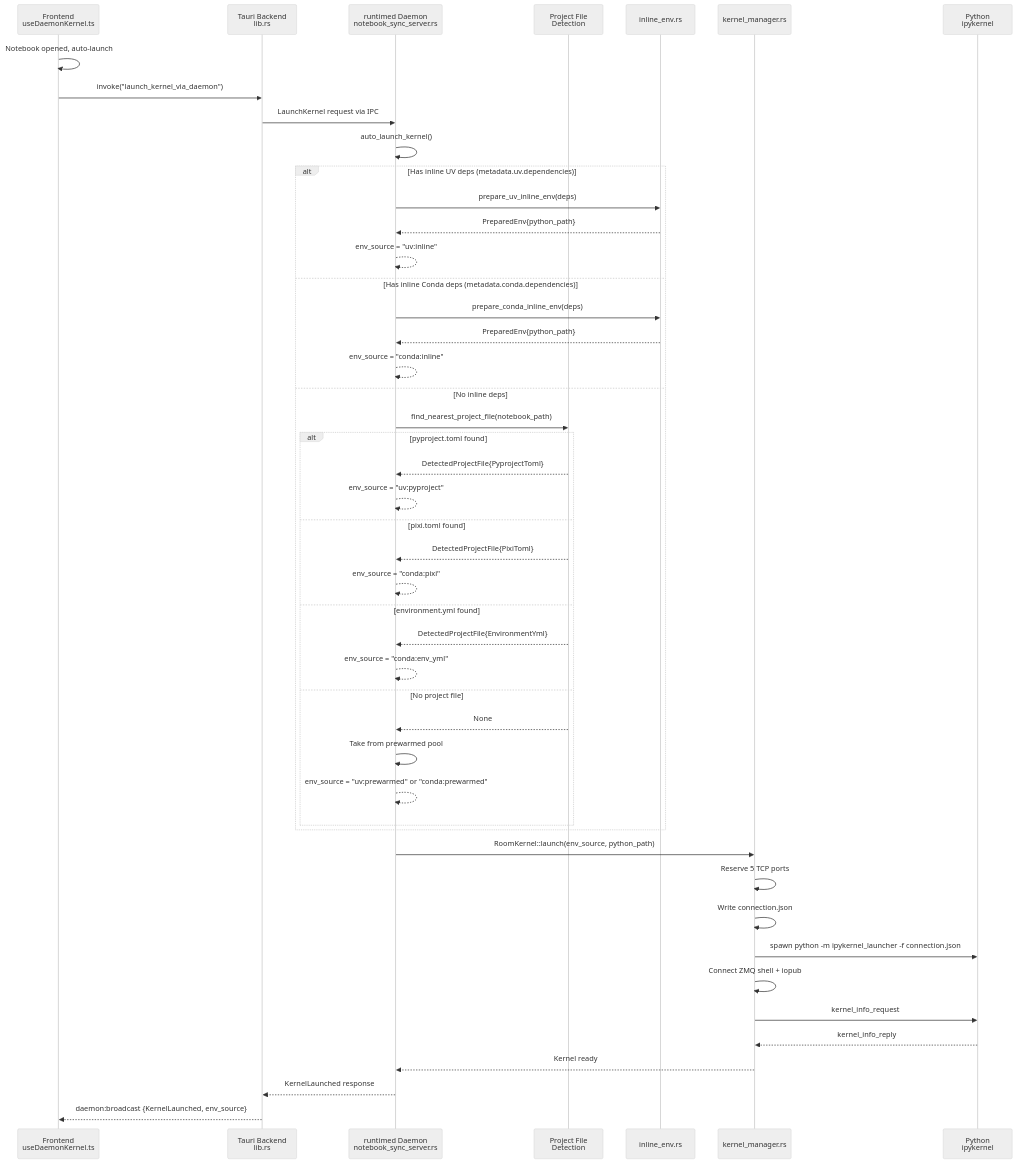
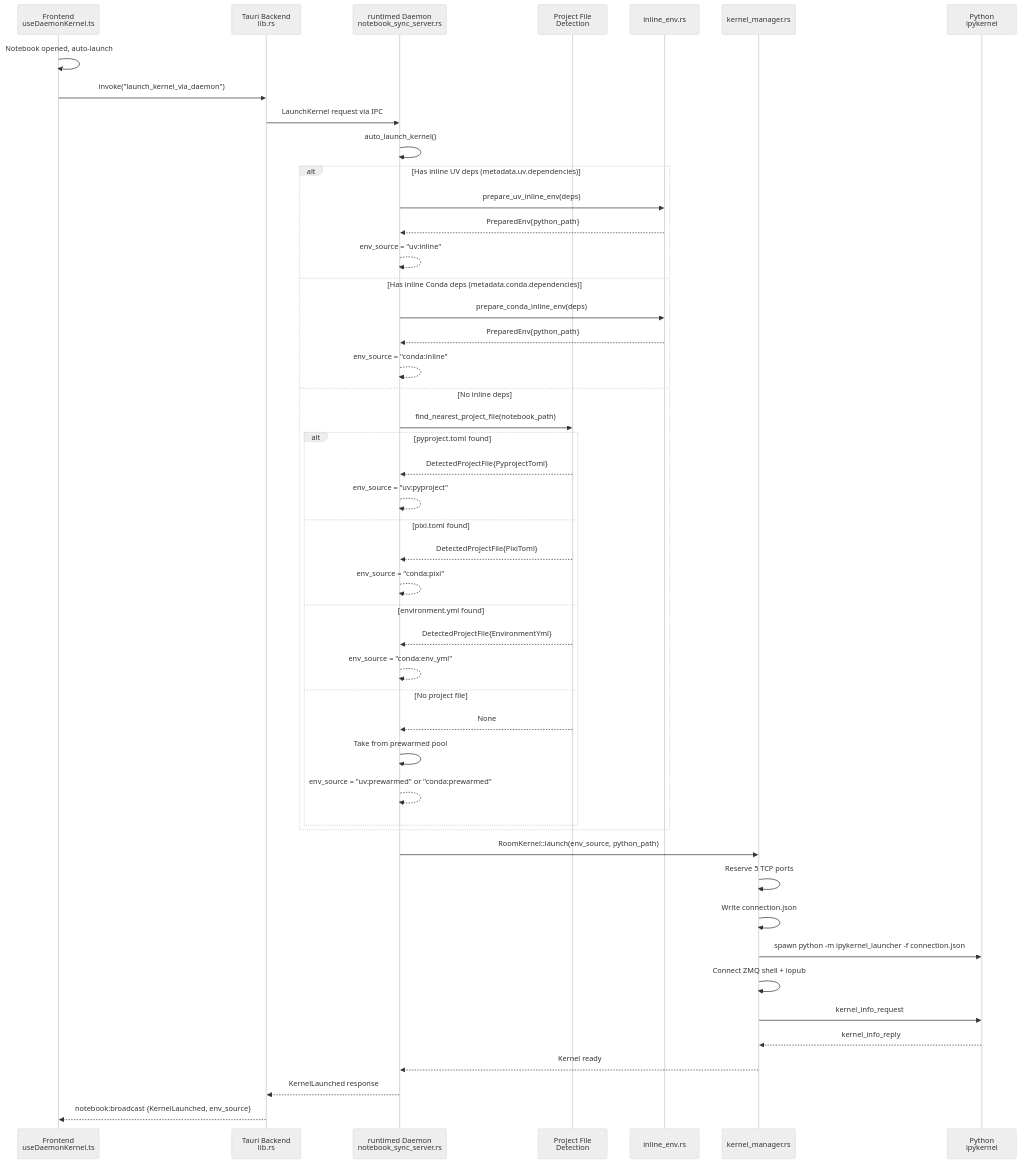
The second of 3 diagrams in contributing/environments.md (nteract/desktop), drawn with Mermaid (neutral theme) before and after one commit. The commit also changed other lines of this file and 5 other files, not shown here.

````diff
--- a/contributing/environments.md
+++ b/contributing/environments.md
@@ -161,54 +161,54 @@
 ```mermaid
 sequenceDiagram
     participant FE as Frontend<br/>useDaemonKernel.ts
     participant TC as Tauri Backend<br/>lib.rs
     participant DM as runtimed Daemon<br/>notebook_sync_server.rs
     participant PF as Project File<br/>Detection
     participant IE as inline_env.rs
     participant KM as kernel_manager.rs
     participant PY as Python<br/>ipykernel
 
     FE->>FE: Notebook opened, auto-launch
     FE->>TC: invoke("launch_kernel_via_daemon")
     TC->>DM: LaunchKernel request via IPC
 
     DM->>DM: auto_launch_kernel()
 
     alt Has inline UV deps (metadata.uv.dependencies)
         DM->>IE: prepare_uv_inline_env(deps)
         IE-->>DM: PreparedEnv{python_path}
         DM-->>DM: env_source = "uv:inline"
     else Has inline Conda deps (metadata.conda.dependencies)
         DM->>IE: prepare_conda_inline_env(deps)
         IE-->>DM: PreparedEnv{python_path}
         DM-->>DM: env_source = "conda:inline"
     else No inline deps
         DM->>PF: find_nearest_project_file(notebook_path)
         alt pyproject.toml found
             PF-->>DM: DetectedProjectFile{PyprojectToml}
             DM-->>DM: env_source = "uv:pyproject"
         else pixi.toml found
             PF-->>DM: DetectedProjectFile{PixiToml}
             DM-->>DM: env_source = "conda:pixi"
         else environment.yml found
             PF-->>DM: DetectedProjectFile{EnvironmentYml}
             DM-->>DM: env_source = "conda:env_yml"
         else No project file
             PF-->>DM: None
             DM->>DM: Take from prewarmed pool
             DM-->>DM: env_source = "uv:prewarmed" or "conda:prewarmed"
         end
     end
 
     DM->>KM: RoomKernel::launch(env_source, python_path)
     KM->>KM: Reserve 5 TCP ports
     KM->>KM: Write connection.json
     KM->>PY: spawn python -m ipykernel_launcher -f connection.json
     KM->>KM: Connect ZMQ shell + iopub
     KM->>PY: kernel_info_request
     PY-->>KM: kernel_info_reply
     KM-->>DM: Kernel ready
 
     DM-->>TC: KernelLaunched response
-    TC-->>FE: daemon:broadcast {KernelLaunched, env_source}
+    TC-->>FE: notebook:broadcast {KernelLaunched, env_source}
 ```
````
